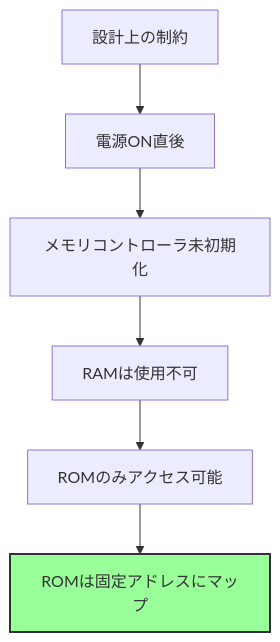
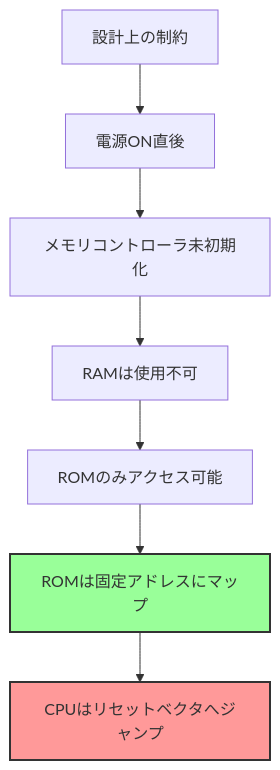
Before and after one commit to anjn/bios-introduction: the third of 10 diagrams in src/part1/01-reset-vector.md, drawn with Mermaid. The commit also changed other lines of this file and 4 other files, not shown here.

````diff
--- a/src/part1/01-reset-vector.md
+++ b/src/part1/01-reset-vector.md
@@ -151,10 +223,12 @@
 ```mermaid
 graph TB
     A[設計上の制約] --> B[電源ON直後]
     B --> C[メモリコントローラ未初期化]
     C --> D[RAMは使用不可]
     D --> E[ROMのみアクセス可能]
     E --> F[ROMは固定アドレスにマップ]
+    F --> G[CPUはリセットベクタへジャンプ]
 
     style F fill:#9f9,stroke:#333,stroke-width:2px
+    style G fill:#f99,stroke:#333,stroke-width:2px
 ```
````
